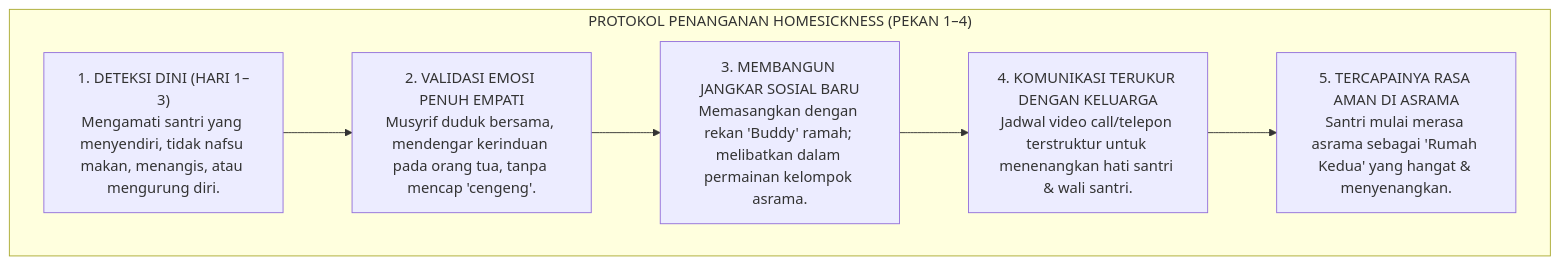
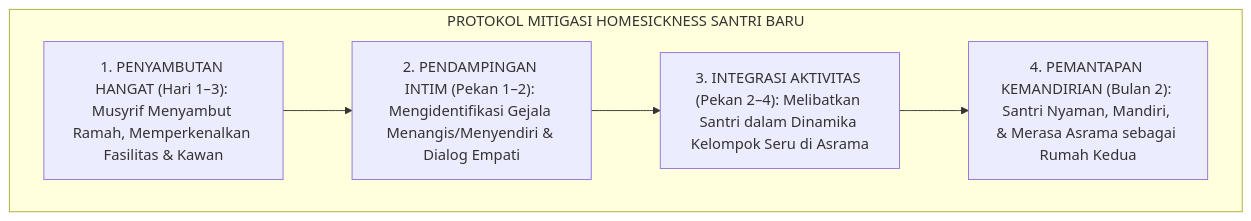
The fourth of 4 diagrams in 01 Philosophy/03 Human Development/P1-03-02-Fase-dan-Lintasan-Perkembangan-Santri.md (wandiapriliyandi/tumbuh), drawn with Mermaid before and after one commit. The commit also changed other lines of this file and 7 other files, not shown here.

````diff
--- a/01 Philosophy/03 Human Development/P1-03-02-Fase-dan-Lintasan-Perkembangan-Santri.md
+++ b/01 Philosophy/03 Human Development/P1-03-02-Fase-dan-Lintasan-Perkembangan-Santri.md
@@ -293,16 +182,9 @@
 ```mermaid
 flowchart TD
-    subgraph AlurMitigasiHomesickness["PROTOKOL PENANGANAN HOMESICKNESS (PEKAN 1–4)"]
-        Deteksi["1. DETEKSI DINI (HARI 1–3)<br/>Mengamati santri yang menyendiri, tidak nafsu makan, menangis, atau mengurung diri."]
-        
-        Validasi["2. VALIDASI EMOSI PENUH EMPATI<br/>Musyrif duduk bersama, mendengar kerinduan pada orang tua, tanpa mencap 'cengeng'."]
-        
-        Koneksi["3. MEMBANGUN JANGKAR SOSIAL BARU<br/>Memasangkan dengan rekan 'Buddy' ramah; melibatkan dalam permainan kelompok asrama."]
-        
-        JadwalKomunikasi["4. KOMUNIKASI TERUKUR DENGAN KELUARGA<br/>Jadwal video call/telepon terstruktur untuk menenangkan hati santri & wali santri."]
-        
-        Adaptasi["5. TERCAPAINYA RASA AMAN DI ASRAMA<br/>Santri mulai merasa asrama sebagai 'Rumah Kedua' yang hangat & menyenangkan."]
-        
-        Deteksi --> Validasi --> Koneksi --> JadwalKomunikasi --> Adaptasi
+    subgraph ProtokolMitigasiHomesickness["PROTOKOL MITIGASI HOMESICKNESS SANTRI BARU"]
+        Sambut["1. PENYAMBUTAN HANGAT (Hari 1–3): Musyrif Menyambut Ramah, Memperkenalkan Fasilitas & Kawan"]
+        --> Dampingi["2. PENDAMPINGAN INTIM (Pekan 1–2): Mengidentifikasi Gejala Menangis/Menyendiri & Dialog Empati"]
+        --> Libatkan["3. INTEGRASI AKTIVITAS (Pekan 2–4): Melibatkan Santri dalam Dinamika Kelompok Seru di Asrama"]
+        --> Stabil["4. PEMANTAPAN KEMANDIRIAN (Bulan 2): Santri Nyaman, Mandiri, & Merasa Asrama sebagai Rumah Kedua"]
     end
 ```
````
